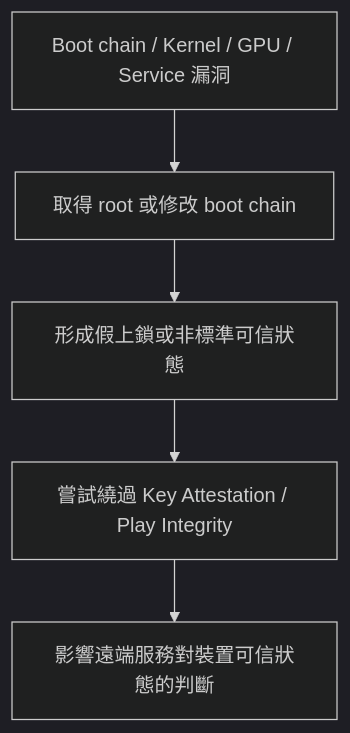
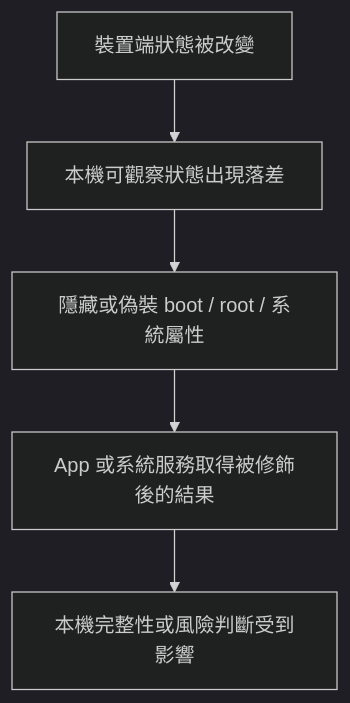
Before and after one commit to lokey0905/rootWithoutUnlockBootloaderList: the first of 5 diagrams in README.md, drawn with Mermaid (dark theme). The commit also changed other lines of this file, not shown here.

````diff
--- a/README.md
+++ b/README.md
@@ -219,7 +211,7 @@
 ```mermaid
 flowchart TD
-    A[Boot chain / Kernel / GPU / Service 漏洞] --> B[取得 root 或修改 boot chain]
-    B --> C[形成假上鎖或非標準可信狀態]
-    C --> D[嘗試繞過 Key Attestation / Play Integrity]
-    D --> E[影響遠端服務對裝置可信狀態的判斷]
+    A[裝置端狀態被改變] --> B[本機可觀察狀態出現落差]
+    B --> C[隱藏或偽裝 boot / root / 系統屬性]
+    C --> D[App 或系統服務取得被修飾後的結果]
+    D --> E[本機完整性或風險判斷受到影響]
 ```
````
